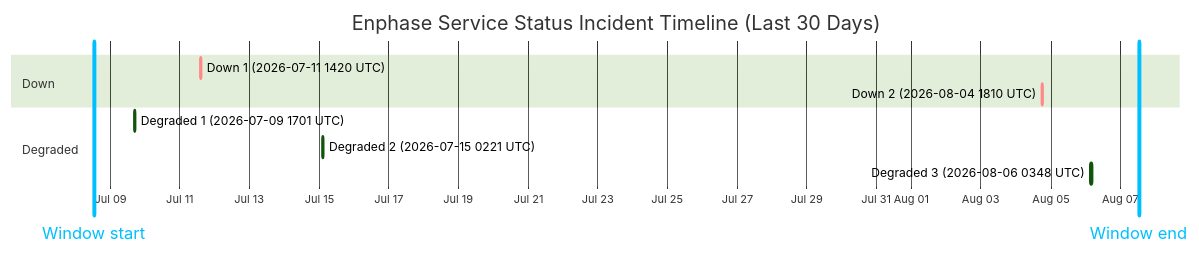
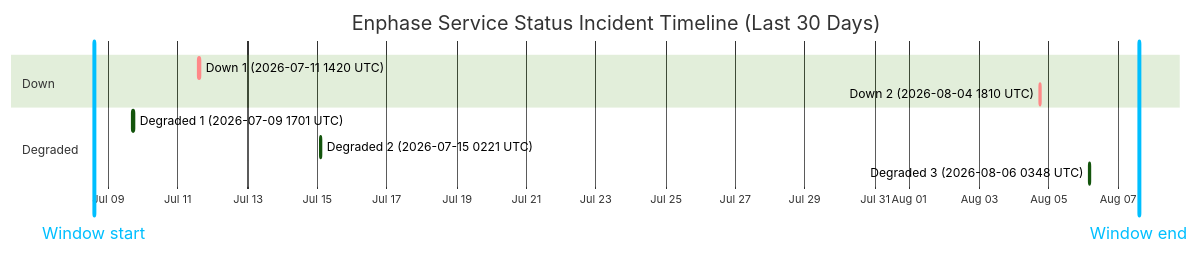
The diagram in wiki/Service-Status-History.md (barneyonline/ha-enphase-energy), drawn with Mermaid (forest theme) before and after one commit. The commit also changed other lines of this file and 3 other files, not shown here.

````diff
--- a/wiki/Service-Status-History.md
+++ b/wiki/Service-Status-History.md
@@ -14,15 +14,15 @@
 ```mermaid
 gantt
     title Enphase Service Status Incident Timeline (Last 30 Days)
     dateFormat  YYYY-MM-DDTHH:mm:ss
     axisFormat  %b %d
-    Window start :vert, window-start, 2026-07-08T12:58:48, 0ms
-    Window end :vert, window-end, 2026-08-07T12:58:48, 0ms
+    Window start :vert, window-start, 2026-07-08T14:15:34, 0ms
+    Window end :vert, window-end, 2026-08-07T14:15:34, 0ms
     section Down
     Down 1 (2026-07-11 1420 UTC) :crit, down-1, 2026-07-11T14:20:54, 69m
     Down 2 (2026-08-04 1810 UTC) :crit, down-2, 2026-08-04T18:10:46, 60m
     section Degraded
     Degraded 1 (2026-07-09 1701 UTC) :active, degraded-1, 2026-07-09T17:01:02, 60m
     Degraded 2 (2026-07-15 0221 UTC) :active, degraded-2, 2026-07-15T02:21:35, 60m
     Degraded 3 (2026-08-06 0348 UTC) :active, degraded-3, 2026-08-06T03:48:14, 60m
 ```
````
